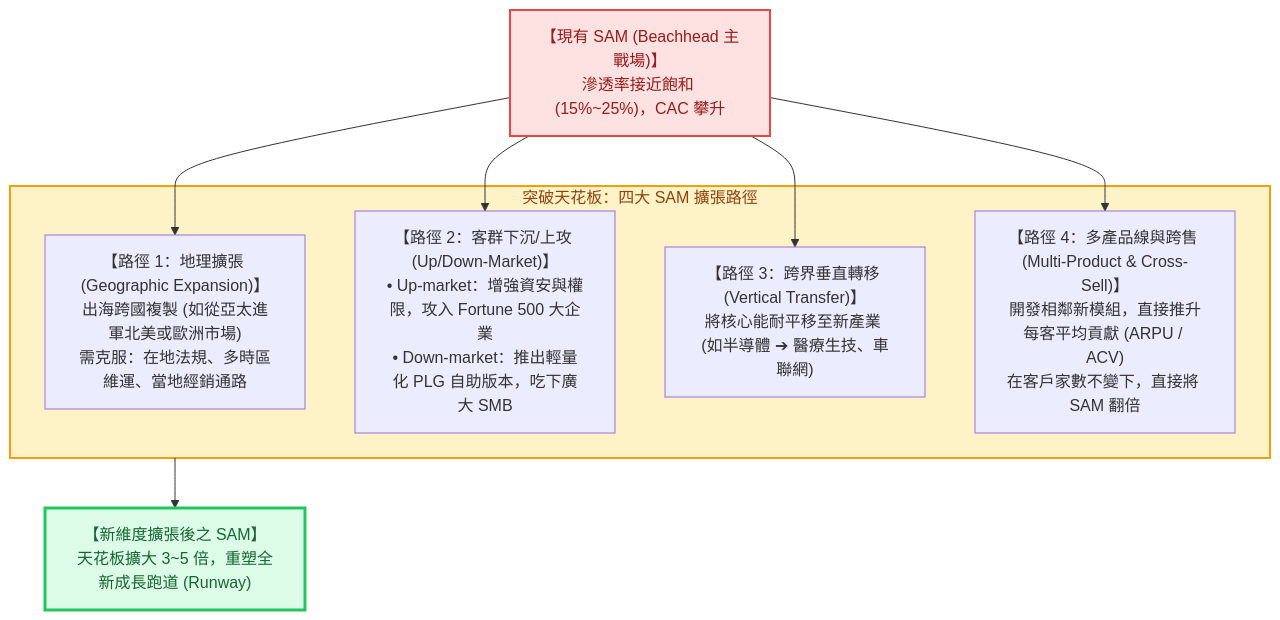
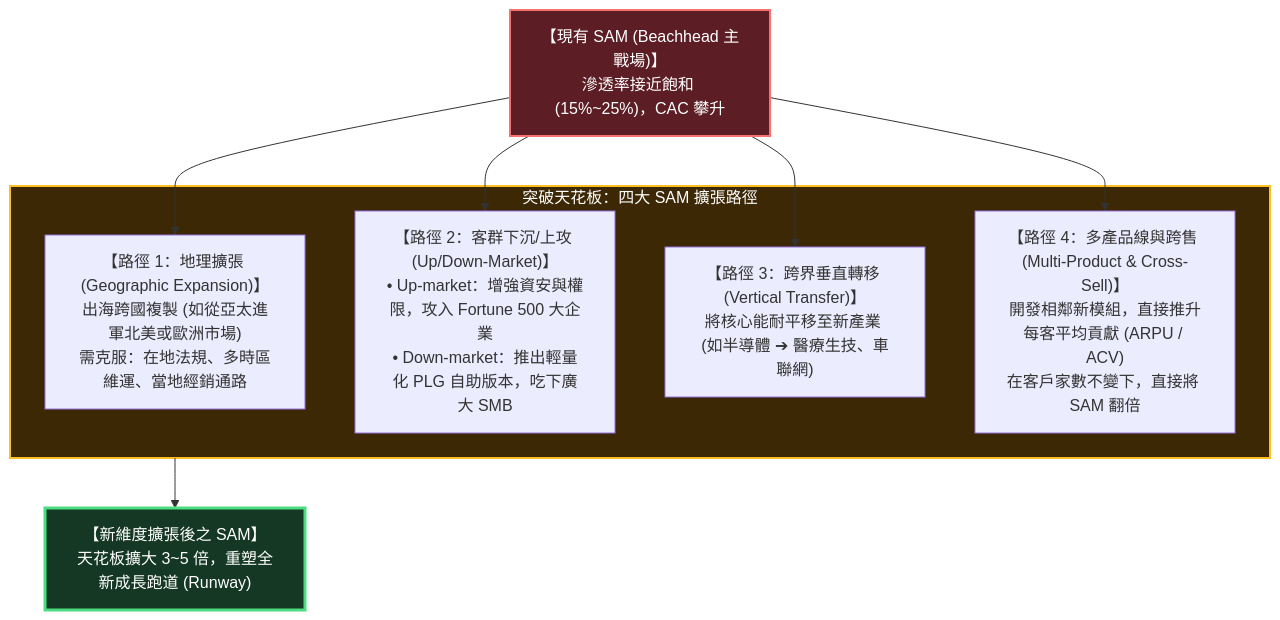
The second of 2 diagrams in src/site/notes/98_商業概念庫/SAM.md (Jimlin0428/my-digital-garden), drawn with Mermaid before and after one commit. The commit also changed other lines of this file and 58 other files, not shown here.

````diff
--- a/src/site/notes/98_商業概念庫/SAM.md
+++ b/src/site/notes/98_商業概念庫/SAM.md
@@ -143,23 +143,23 @@
 ```mermaid
 flowchart TD
     CurrentSAM["【現有 SAM (Beachhead 主戰場)】<br>滲透率接近飽和 (15%~25%)，CAC 攀升"] --> E1
     CurrentSAM --> E2
     CurrentSAM --> E3
     CurrentSAM --> E4
 
     subgraph ExpansionPaths ["突破天花板：四大 SAM 擴張路徑"]
         E1["【路徑 1：地理擴張 (Geographic Expansion)】<br>出海跨國複製 (如從亞太進軍北美或歐洲市場)<br>需克服：在地法規、多時區維運、當地經銷通路"]
         
         E2["【路徑 2：客群下沉/上攻 (Up/Down-Market)】<br>• Up-market：增強資安與權限，攻入 Fortune 500 大企業<br>• Down-market：推出輕量化 PLG 自助版本，吃下廣大 SMB"]
         
         E3["【路徑 3：跨界垂直轉移 (Vertical Transfer)】<br>將核心能耐平移至新產業 (如半導體 ➔ 醫療生技、車聯網)"]
         
         E4["【路徑 4：多產品線與跨售 (Multi-Product & Cross-Sell)】<br>開發相鄰新模組，直接推升每客平均貢獻 (ARPU / ACV)<br>在客戶家數不變下，直接將 SAM 翻倍"]
     end
 
     ExpansionPaths --> NewSAM["【新維度擴張後之 SAM】<br>天花板擴大 3~5 倍，重塑全新成長跑道 (Runway)"]
 
-    style CurrentSAM fill:#fee2e2,stroke:#ef4444,stroke-width:2px,color:#991b1b
-    style ExpansionPaths fill:#fef3c7,stroke:#f59e0b,stroke-width:2px,color:#92400e
-    style NewSAM fill:#dcfce7,stroke:#22c55e,stroke-width:3px,color:#166534
+    style CurrentSAM fill:#5c1d24,stroke:#f87171,stroke-width:2px,color:#ffffff
+    style ExpansionPaths fill:#3d2806,stroke:#fbbf24,stroke-width:2px,color:#ffffff
+    style NewSAM fill:#143823,stroke:#4ade80,stroke-width:3px,color:#ffffff
 ```
````
